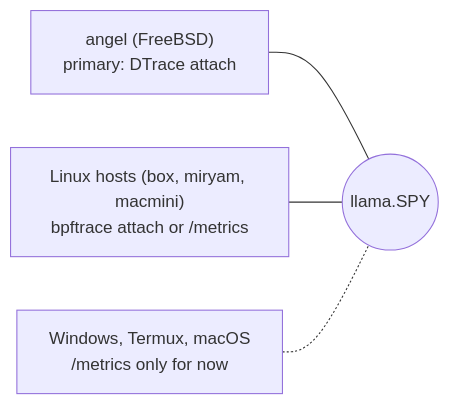
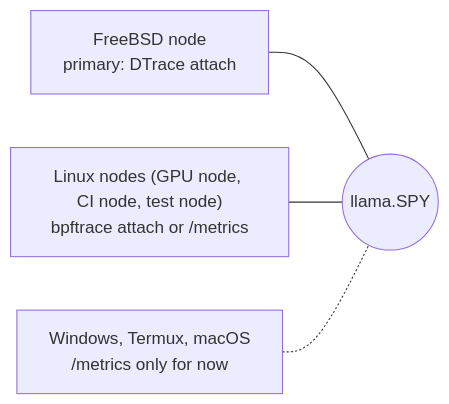
The sixth of 6 diagrams in README.md (brianreborn/llama.SPY), drawn with Mermaid before and after one commit.

Commit message:
docs(README): scrub diagrams for public text: hosts as roles, no IPs/ports/usernames/paths/hardware specs

````diff
--- a/README.md
+++ b/README.md
@@ -255,9 +255,9 @@
 ```mermaid
 flowchart LR
-  angel["angel (FreeBSD)<br/>primary: DTrace attach"]
-  linux["Linux hosts (box, miryam, macmini)<br/>bpftrace attach or /metrics"]
+  fbsd["FreeBSD node<br/>primary: DTrace attach"]
+  linux["Linux nodes (GPU node, CI node, test node)<br/>bpftrace attach or /metrics"]
   other["Windows, Termux, macOS<br/>/metrics only for now"]
-  angel --- spy(("llama.SPY"))
+  fbsd --- spy(("llama.SPY"))
   linux --- spy
   other -.- spy
 ```
````
